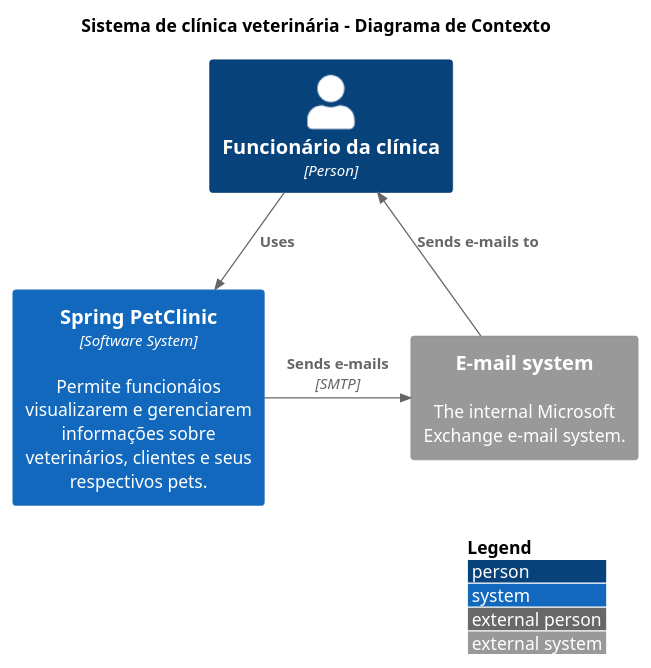
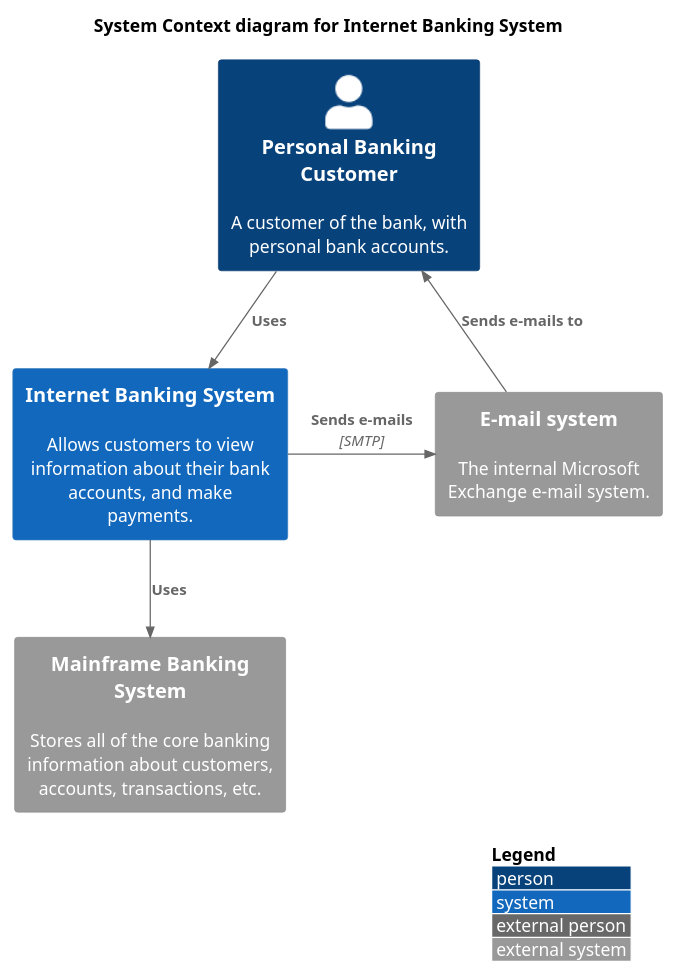
One commit to gfcrodriguespuc/workshop-projeto-software-c4-model changed the diagram in docs/context.puml. Above: the diagram before and after it, drawn with PlantUML. The commit also changed 2 other files, not shown here.

Commit message:
Usando reproduções com C4-PlantUML dos diagramas principais do modelo C4 criados por Simon Brown.

```diff
--- a/docs/context.puml
+++ b/docs/context.puml
@@ -1,19 +1,20 @@
 @startuml
 !include https://raw.githubusercontent.com/plantuml-stdlib/C4-PlantUML/master/C4_Context.puml
 ' uncomment the following line and comment the first to use locally
 ' !include C4_Context.puml
 
 LAYOUT_WITH_LEGEND()
 
-title Sistema de clínica veterinária - Diagrama de Contexto
+title System Context diagram for Internet Banking System
 
-Person(clinic_employee_person, "Funcionário da clínica", $type="Person")
-System(spring_pet_clinic_system, "Spring PetClinic", "Permite funcionáios visualizarem e gerenciarem informações sobre veterinários, clientes e seus respectivos pets.", $type="Software System")
+Person(customer, "Personal Banking Customer", "A customer of the bank, with personal bank accounts.")
+System(banking_system, "Internet Banking System", "Allows customers to view information about their bank accounts, and make payments.")
 
 System_Ext(mail_system, "E-mail system", "The internal Microsoft Exchange e-mail system.")
+System_Ext(mainframe, "Mainframe Banking System", "Stores all of the core banking information about customers, accounts, transactions, etc.")
 
-Rel(clinic_employee_person, spring_pet_clinic_system, "Uses")
-Rel_Back(clinic_employee_person, mail_system, "Sends e-mails to")
-Rel_Neighbor(spring_pet_clinic_system, mail_system, "Sends e-mails", "SMTP")
-
+Rel(customer, banking_system, "Uses")
+Rel_Back(customer, mail_system, "Sends e-mails to")
+Rel_Neighbor(banking_system, mail_system, "Sends e-mails", "SMTP")
+Rel(banking_system, mainframe, "Uses")
 @enduml
```
